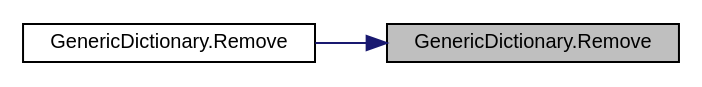
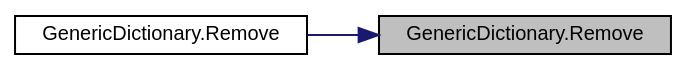
Before and after one commit to AleixFerre/TFG-Docs: the diagram in docs/class_generic_dictionary_acb60c1c04eaf193894e672a903d4d7c9_icgraph.dot, drawn with Graphviz. The commit also changed 448 other files, not shown here.

```diff
--- a/docs/class_generic_dictionary_acb60c1c04eaf193894e672a903d4d7c9_icgraph.dot
+++ b/docs/class_generic_dictionary_acb60c1c04eaf193894e672a903d4d7c9_icgraph.dot
@@ -1,11 +1,12 @@
 digraph "GenericDictionary.Remove"
 {
  // INTERACTIVE_SVG=YES
  // LATEX_PDF_SIZE
+  bgcolor="transparent";
   edge [fontname="Helvetica",fontsize="10",labelfontname="Helvetica",labelfontsize="10"];
   node [fontname="Helvetica",fontsize="10",shape=record];
   rankdir="RL";
   Node1 [label="GenericDictionary.Remove",height=0.2,width=0.4,color="black", fillcolor="grey75", style="filled", fontcolor="black",tooltip=" "];
   Node1 -> Node2 [dir="back",color="midnightblue",fontsize="10",style="solid",fontname="Helvetica"];
-  Node2 [label="GenericDictionary.Remove",height=0.2,width=0.4,color="black", fillcolor="white", style="filled",URL="$class_generic_dictionary.html#a329fdd017e33a42057b50469a9720ba9",tooltip=" "];
+  Node2 [label="GenericDictionary.Remove",height=0.2,width=0.4,color="black",URL="$class_generic_dictionary.html#a329fdd017e33a42057b50469a9720ba9",tooltip=" "];
 }
```
